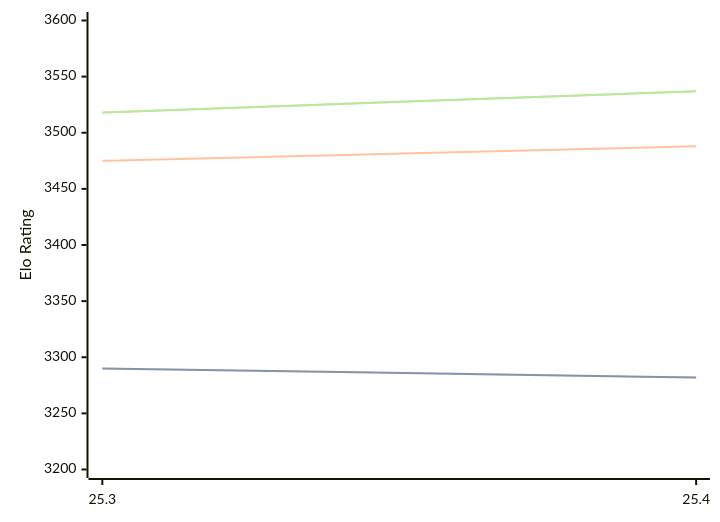
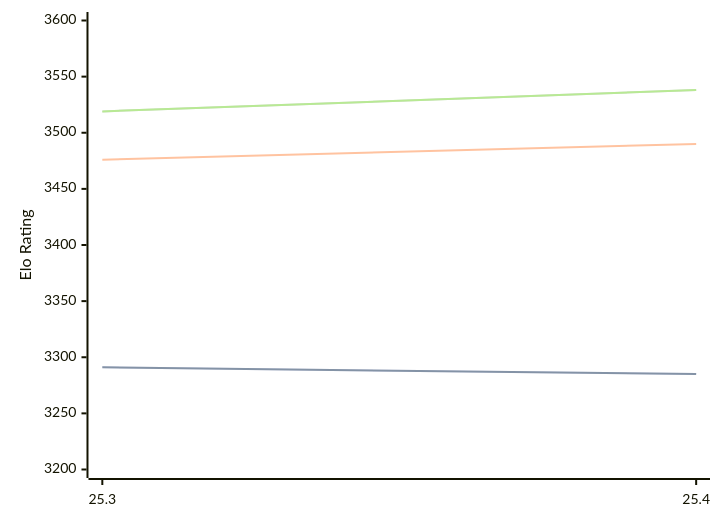
The diagram in engines/Arasan.md (computer-chess-index/cci), drawn with Mermaid before and after one commit. The commit also changed other lines of this file, not shown here.

Commit message:
Update CCI Ratings (ELO VLTC) - 2026-05-12

````diff
--- a/engines/Arasan.md
+++ b/engines/Arasan.md
@@ -33,11 +33,11 @@
 ```mermaid
 %%{init: {"theme":"base","themeVariables":{"seriesColors:['#a3a3a3','#222221','#faa371']}}}%%
 xychart-beta
   x-axis ["25.3", "25.4"]
   y-axis "Elo Rating" 3200 --> 3600
-  line "STC (8.0+0.08s)" [3290, 3282]
-  line "STC (8.0+0.08s)" [3290, 3282]
-  line "LTC (60.0+0.60s)" [3475, 3488]
-  line "VLTC (2m24s+1.12s)" [3518, 3537]
-  line "VLTC (2m24s+1.12s)" [3518, 3537]
+  line "STC (8.0+0.08s)" [3291, 3285]
+  line "STC (8.0+0.08s)" [3291, 3285]
+  line "LTC (60.0+0.60s)" [3476, 3490]
+  line "VLTC (2m24s+1.12s)" [3519, 3538]
+  line "VLTC (2m24s+1.12s)" [3519, 3538]
 ```
````
